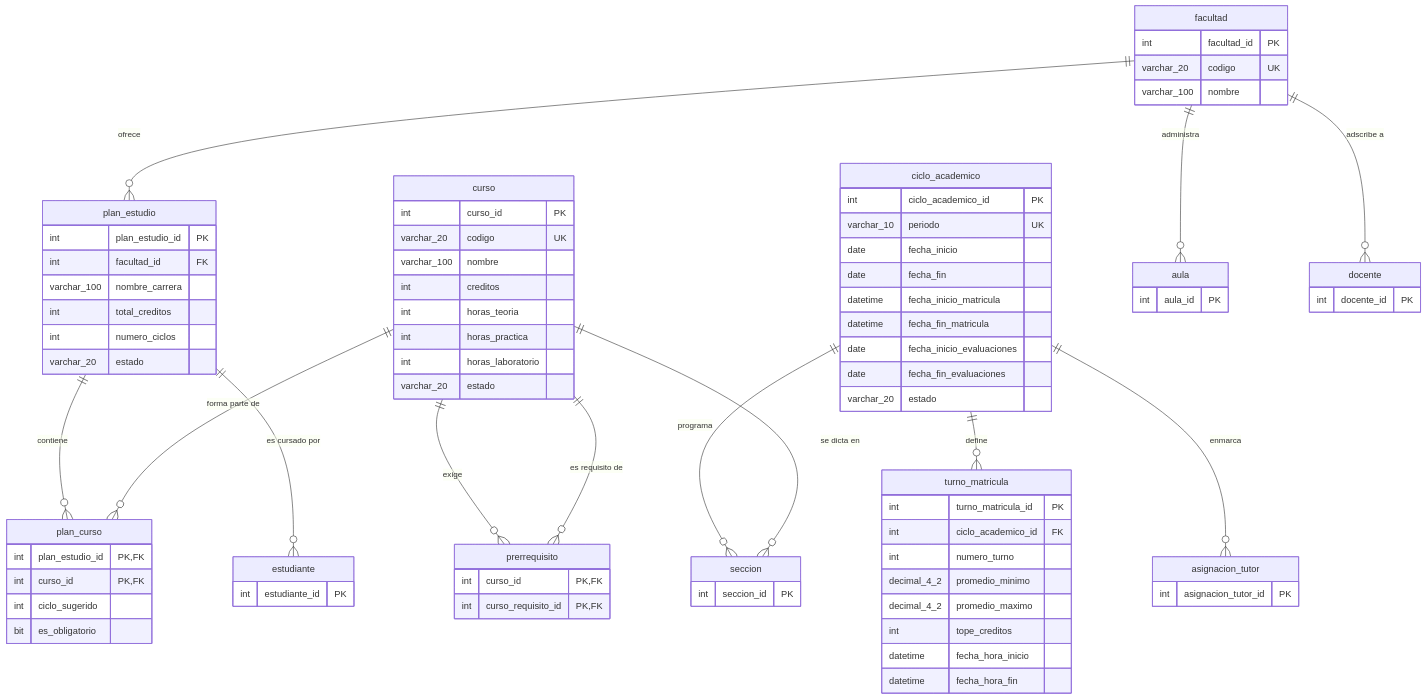
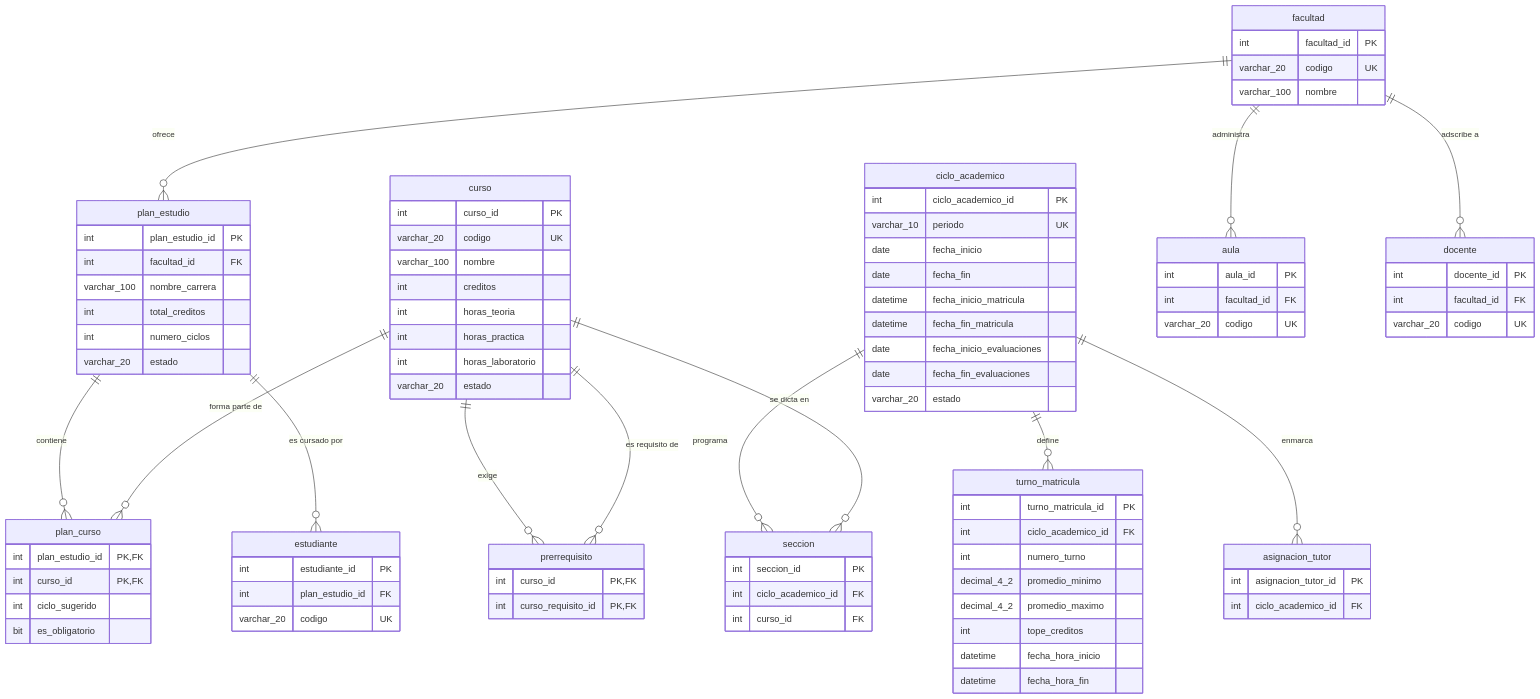
The diagram in 4/4.2/4.2.1/4.2.1.1/4.2.1.1.md (Marco-Gomez06/UNI-pre-202602-SW609-Grupo3), drawn with Mermaid before and after one commit. The commit also changed other lines of this file and 11 other files, not shown here.

Commit message:
fix de diagramas

```diff
--- a/4/4.2/4.2.1/4.2.1.1/4.2.1.1.md
+++ b/4/4.2/4.2.1/4.2.1.1/4.2.1.1.md
@@ -62,18 +64,27 @@
     }
     aula {
         int aula_id PK
+        int facultad_id FK
+        varchar_20 codigo UK
     }
     docente {
         int docente_id PK
+        int facultad_id FK
+        varchar_20 codigo UK
     }
     estudiante {
         int estudiante_id PK
+        int plan_estudio_id FK
+        varchar_20 codigo UK
     }
     seccion {
         int seccion_id PK
+        int ciclo_academico_id FK
+        int curso_id FK
     }
     asignacion_tutor {
         int asignacion_tutor_id PK
+        int ciclo_academico_id FK
     }
     facultad ||--o{ plan_estudio : "ofrece"
     facultad ||--o{ aula : "administra"
```
